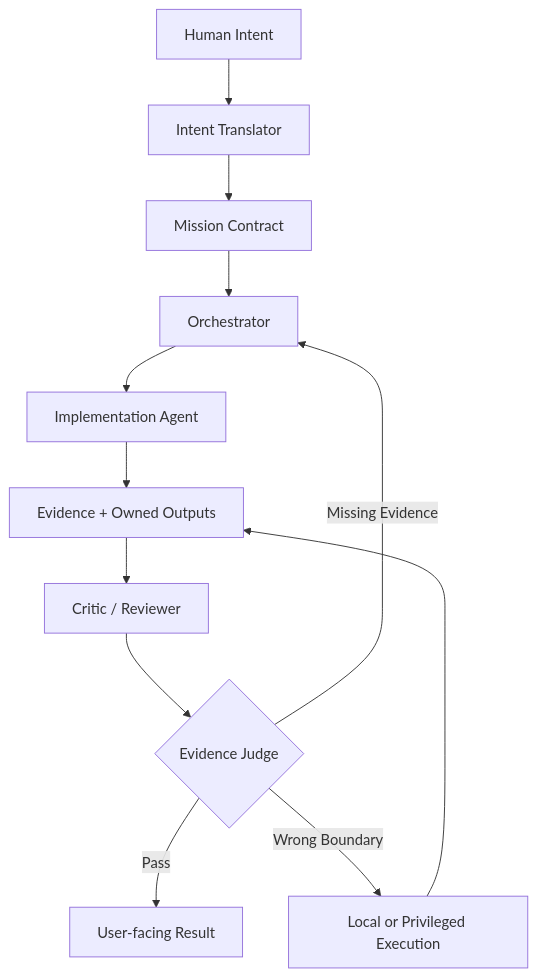
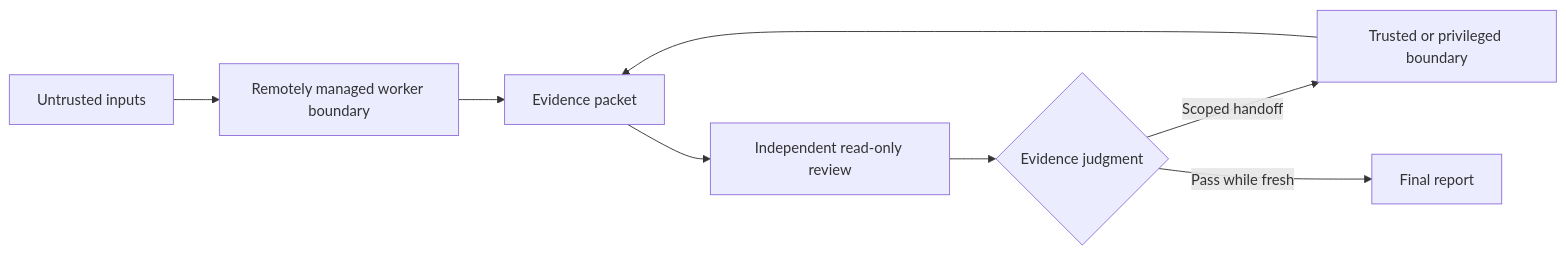
The first of 2 diagrams in README.md (KzeroM/evidence-gated-multi-agent-operations), drawn with Mermaid before and after one commit. The commit also changed other lines of this file and 41 other files, not shown here.

````diff
--- a/README.md
+++ b/README.md
@@ -109,14 +18,10 @@
 ```mermaid
-flowchart TD
-    A[Human Intent] --> B[Intent Translator]
-    B --> C[Mission Contract]
-    C --> D[Orchestrator]
-    D --> E[Implementation Agent]
-    E --> F[Evidence + Owned Outputs]
-    F --> G[Critic / Reviewer]
-    G --> H{Evidence Judge}
-    H -->|Pass| I[User-facing Result]
-    H -->|Missing Evidence| D
-    H -->|Wrong Boundary| J[Local or Privileged Execution]
-    J --> F
+flowchart LR
+    A[Untrusted inputs] --> B[Remotely managed worker boundary]
+    B --> C[Evidence packet]
+    C --> D[Independent read-only review]
+    D --> E{Evidence judgment}
+    E -->|Scoped handoff| F[Trusted or privileged boundary]
+    F --> C
+    E -->|Pass while fresh| G[Final report]
 ```
````
